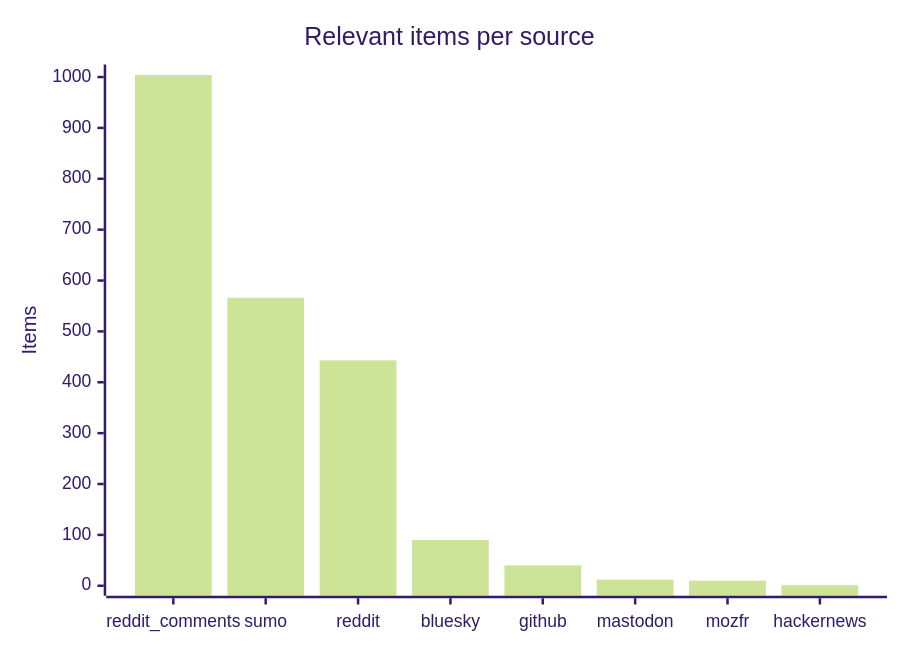
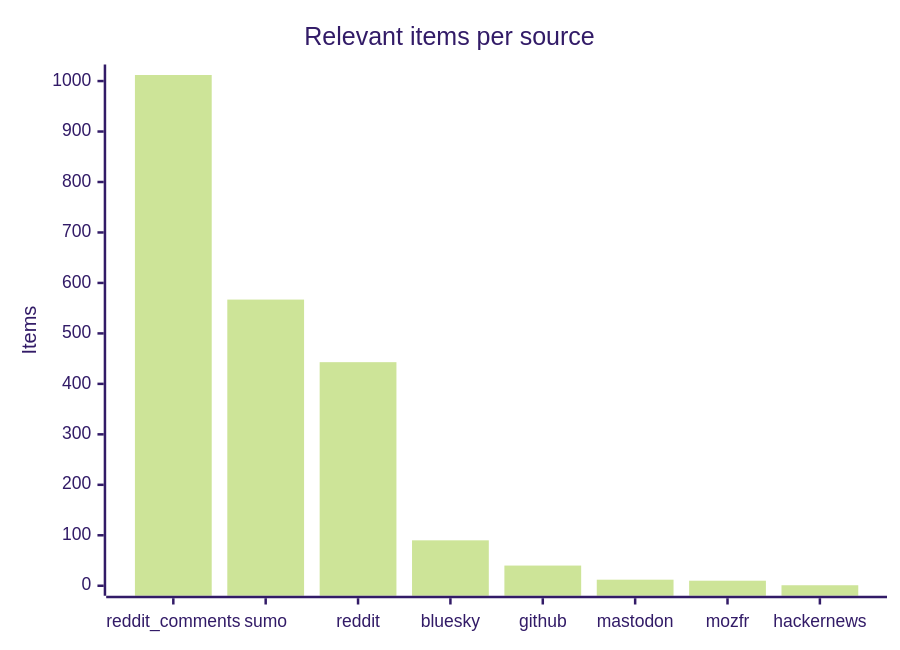
The third of 4 diagrams in README.md (martinbalfanz/social-scanner-reports), drawn with Mermaid (forest theme) before and after one commit. The commit also changed other lines of this file and 4 other files, not shown here.

````diff
--- a/README.md
+++ b/README.md
@@ -48,7 +48,7 @@
 ```mermaid
 xychart-beta
     title "Relevant items per source"
     x-axis ["reddit_comments", "sumo", "reddit", "bluesky", "github", "mastodon", "mozfr", "hackernews"]
-    y-axis "Items" 0 --> 1005
-    bar [1004, 566, 443, 90, 40, 12, 10, 1]
+    y-axis "Items" 0 --> 1013
+    bar [1012, 567, 443, 90, 40, 12, 10, 1]
 ```
````
